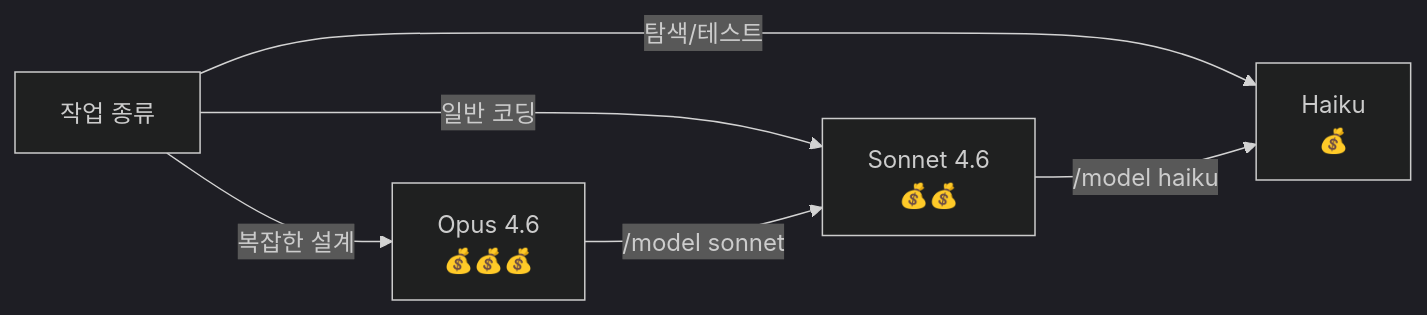
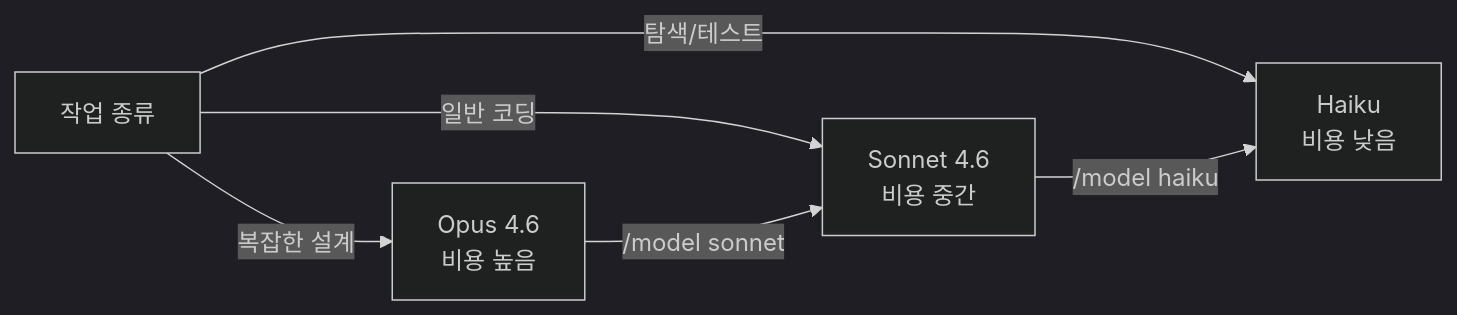
One commit to ice-ice-bear/ice-ice-bear.github.io changed the second of 3 diagrams in content/posts/2026-03-03-claude-code-token-optimization.md. Above: the diagram before and after it, drawn with Mermaid (dark theme). The commit also changed other lines of this file and 1 other file, not shown here.

Commit message:
Fix mermaid rendering: remove emojis and bidirectional arrows
- Replace <--> with --- (undirected) to avoid HTML parsing conflicts
- Remove emoji characters from mermaid node labels
- Remove special characters (...) from parentheses in labels
- Ensures mermaid diagrams render correctly in Hugo Stack theme

````diff
--- a/content/posts/2026-03-03-claude-code-token-optimization.md
+++ b/content/posts/2026-03-03-claude-code-token-optimization.md
@@ -99,9 +99,9 @@
 ```mermaid
 graph LR
-    Task[작업 종류] -->|복잡한 설계| Opus["Opus 4.6<br/>💰💰💰"]
-    Task -->|일반 코딩| Sonnet["Sonnet 4.6<br/>💰💰"]
-    Task -->|탐색/테스트| Haiku["Haiku<br/>💰"]
+    Task[작업 종류] -->|복잡한 설계| Opus["Opus 4.6<br/>비용 높음"]
+    Task -->|일반 코딩| Sonnet["Sonnet 4.6<br/>비용 중간"]
+    Task -->|탐색/테스트| Haiku["Haiku<br/>비용 낮음"]
 
-    Opus -->|"/model sonnet"| Sonnet
-    Sonnet -->|"/model haiku"| Haiku
+    Opus -->|/model sonnet| Sonnet
+    Sonnet -->|/model haiku| Haiku
 ```
````
